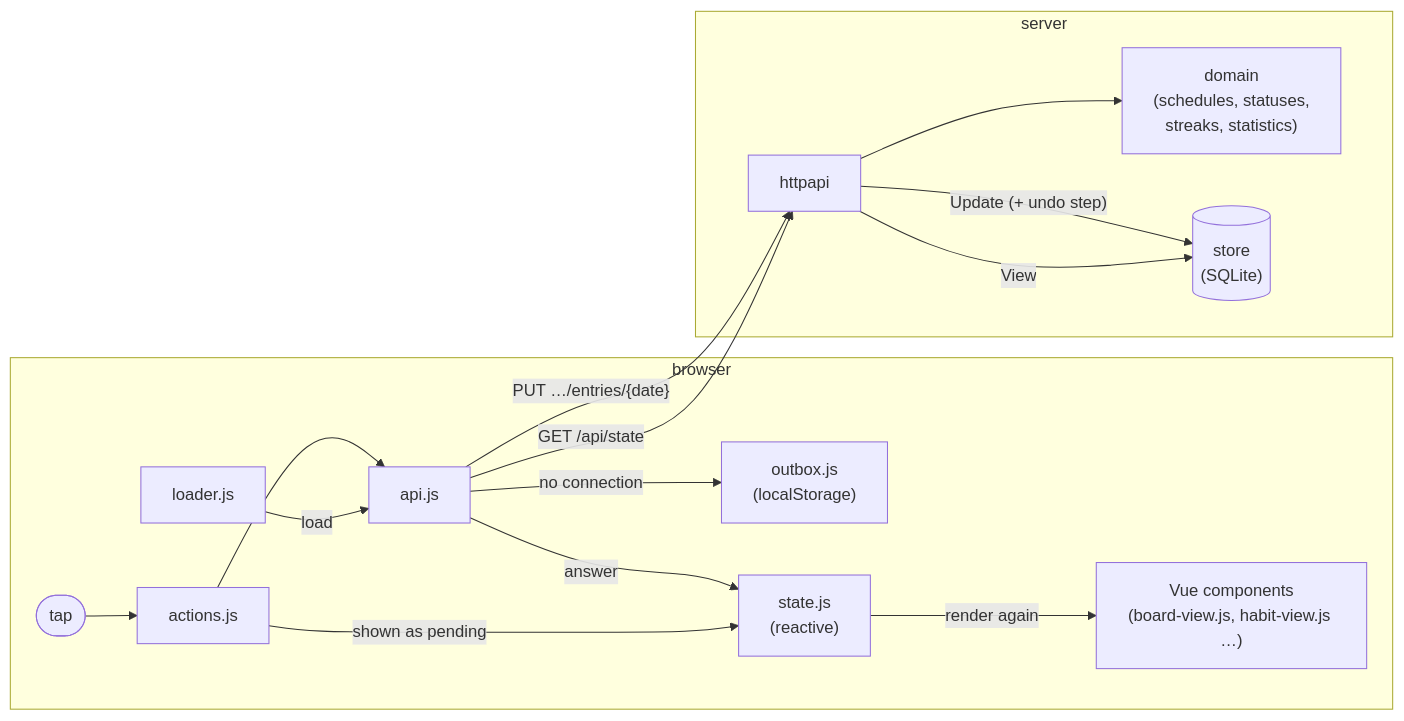
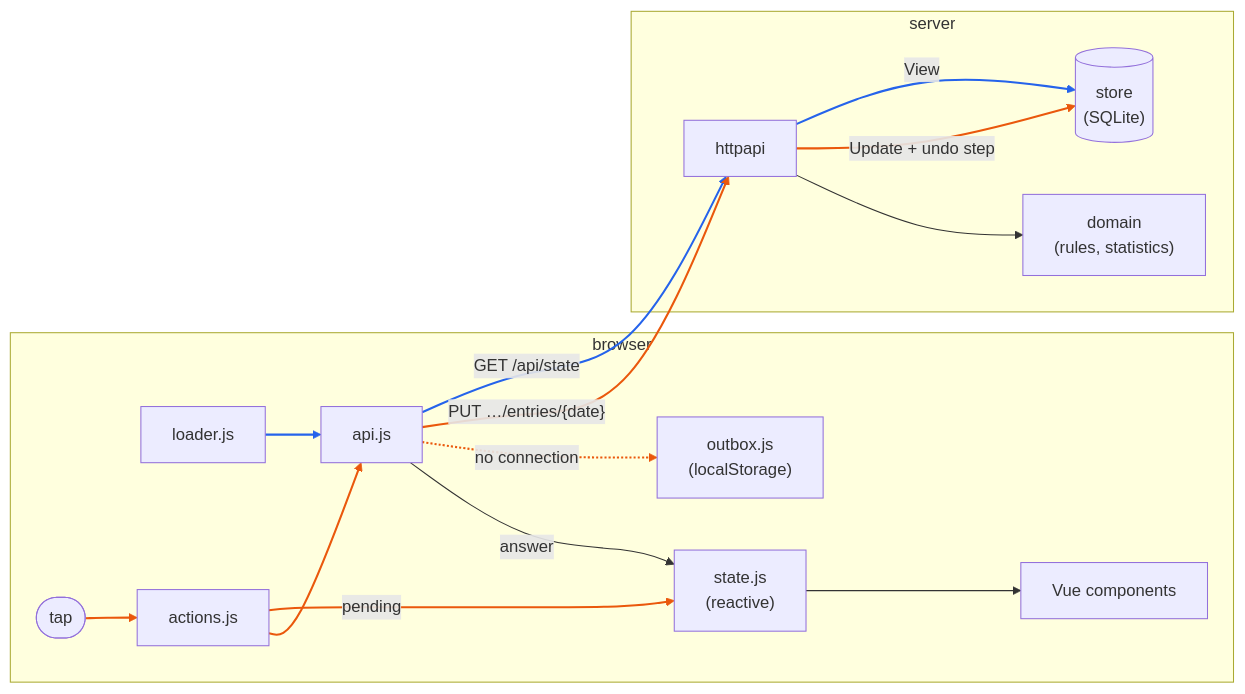
The diagram in docs/DATAFLOW.md (JulWit/habits), drawn with Mermaid before and after one commit. The commit also changed other lines of this file, not shown here.

Commit message:
Colour the data flow diagram by path

````diff
--- a/docs/DATAFLOW.md
+++ b/docs/DATAFLOW.md
@@ -8,31 +8,37 @@
 ```mermaid
 flowchart LR
   subgraph browser
+    loader[loader.js]
     tap([tap])
     actions[actions.js]
-    loader[loader.js]
     api[api.js]
     outbox["outbox.js<br>(localStorage)"]
     state["state.js<br>(reactive)"]
-    vue["Vue components<br>(board-view.js, habit-view.js …)"]
+    vue[Vue components]
   end
 
   subgraph server
     httpapi[httpapi]
-    domain["domain<br>(schedules, statuses,<br>streaks, statistics)"]
+    domain["domain<br>(rules, statistics)"]
     store[("store<br>(SQLite)")]
   end
 
-  loader -- load --> api
+  %% Loading the state
+  loader --> api
+  api -- "GET /api/state" --> httpapi
+  httpapi -- View --> store
+  %% Writing an entry
   tap --> actions
-  actions -- shown as pending --> state
+  actions -- pending --> state
   actions --> api
-  api -- "GET /api/state" --> httpapi
   api -- "PUT …/entries/{date}" --> httpapi
-  api -- no connection --> outbox
+  httpapi -- "Update + undo step" --> store
+  api -. no connection .-> outbox
+  %% Both
+  httpapi --> domain
   api -- answer --> state
-  state -- render again --> vue
-  httpapi --> domain
-  httpapi -- View --> store
-  httpapi -- "Update (+ undo step)" --> store
+  state --> vue
+
+  linkStyle 0,1,2 stroke:#2563eb,stroke-width:2px
+  linkStyle 3,4,5,6,7,8 stroke:#ea580c,stroke-width:2px
 ```
````
